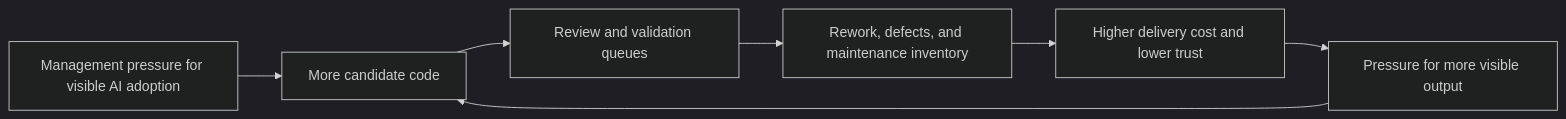
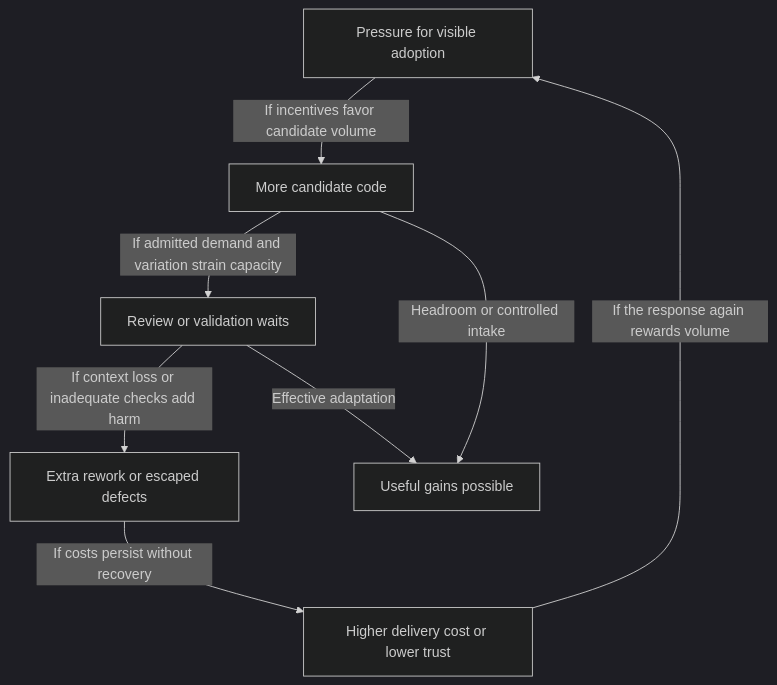
The first of 5 diagrams in protocols/04_systemic_cure.md (UncertaintyArchitectureGroup/The-Subprime-Code-Crisis), drawn with Mermaid (dark theme) before and after one commit. The commit also changed other lines of this file and 20 other files, not shown here.

First line of the commit message:
Review revised evidence and conditional delivery mechanism (#80)

````diff
--- a/protocols/04_systemic_cure.md
+++ b/protocols/04_systemic_cure.md
@@ -20,9 +20,10 @@
 ```mermaid
-flowchart LR
-    A[Management pressure for visible AI adoption] --> B[More candidate code]
-    B --> C[Review and validation queues]
-    C --> D[Rework, defects, and maintenance inventory]
-    D --> E[Higher delivery cost and lower trust]
-    E --> F[Pressure for more visible output]
-    F --> B
+flowchart TD
+    A["Pressure for visible adoption"] -->|"If incentives favor candidate volume"| B["More candidate code"]
+    B -->|"If admitted demand and variation strain capacity"| C["Review or validation waits"]
+    C -->|"If context loss or inadequate checks add harm"| D["Extra rework or escaped defects"]
+    D -->|"If costs persist without recovery"| E["Higher delivery cost or lower trust"]
+    E -->|"If the response again rewards volume"| A
+    B -->|"Headroom or controlled intake"| F["Useful gains possible"]
+    C -->|"Effective adaptation"| F
 ```
````
